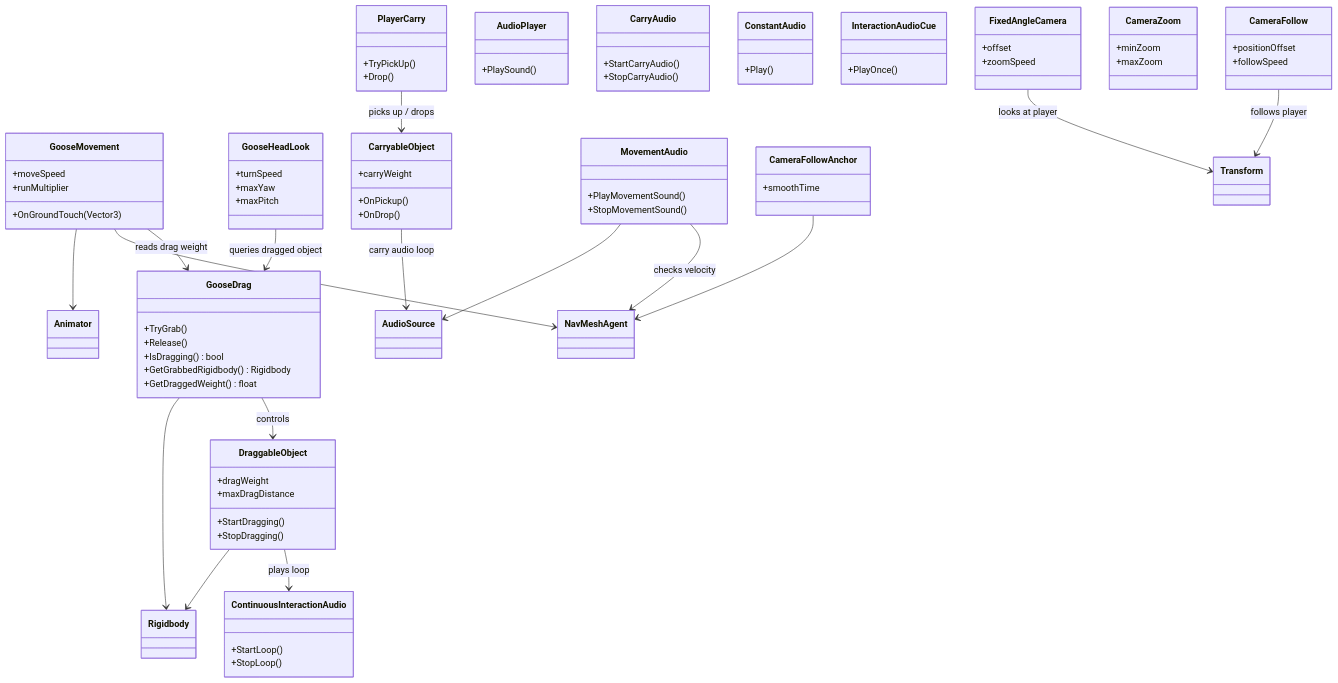
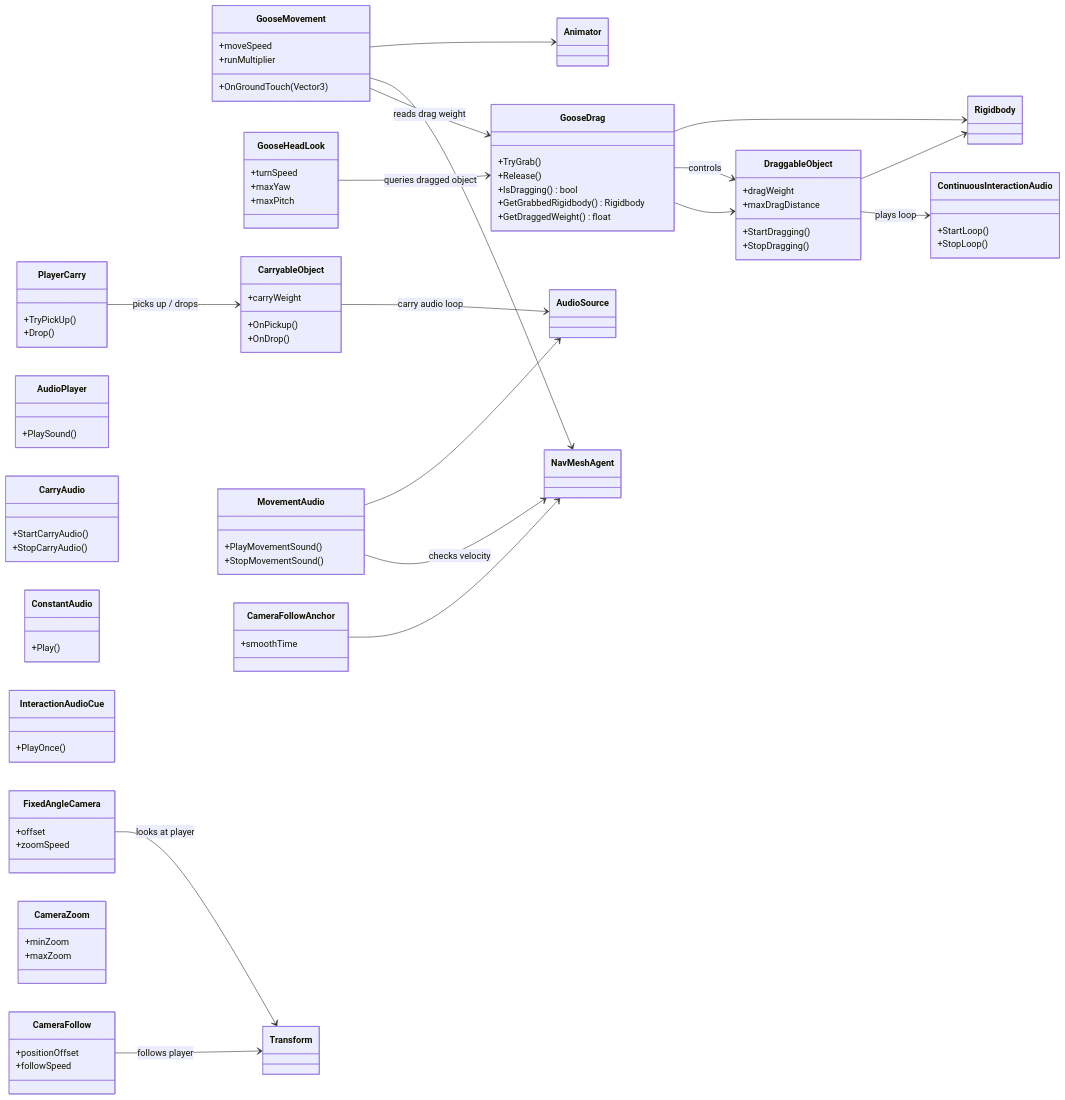
The diagram in README.md (Shifter447/M6-Vertical_Slice), drawn with Mermaid before and after one commit. The commit also changed other lines of this file, not shown here.

Commit message:
Add system architecture diagram to README
Added system architecture section with Mermaid diagram.

````diff
--- a/README.md
+++ b/README.md
@@ -14,5 +16,10 @@
-```Mermaid
+```mermaid
 classDiagram
+    direction LR
+    class GooseDrag
+    class DraggableObject
+    GooseDrag --> DraggableObject
+
 
     %% ===== Core Player / Goose =====
     class GooseMovement {
````
